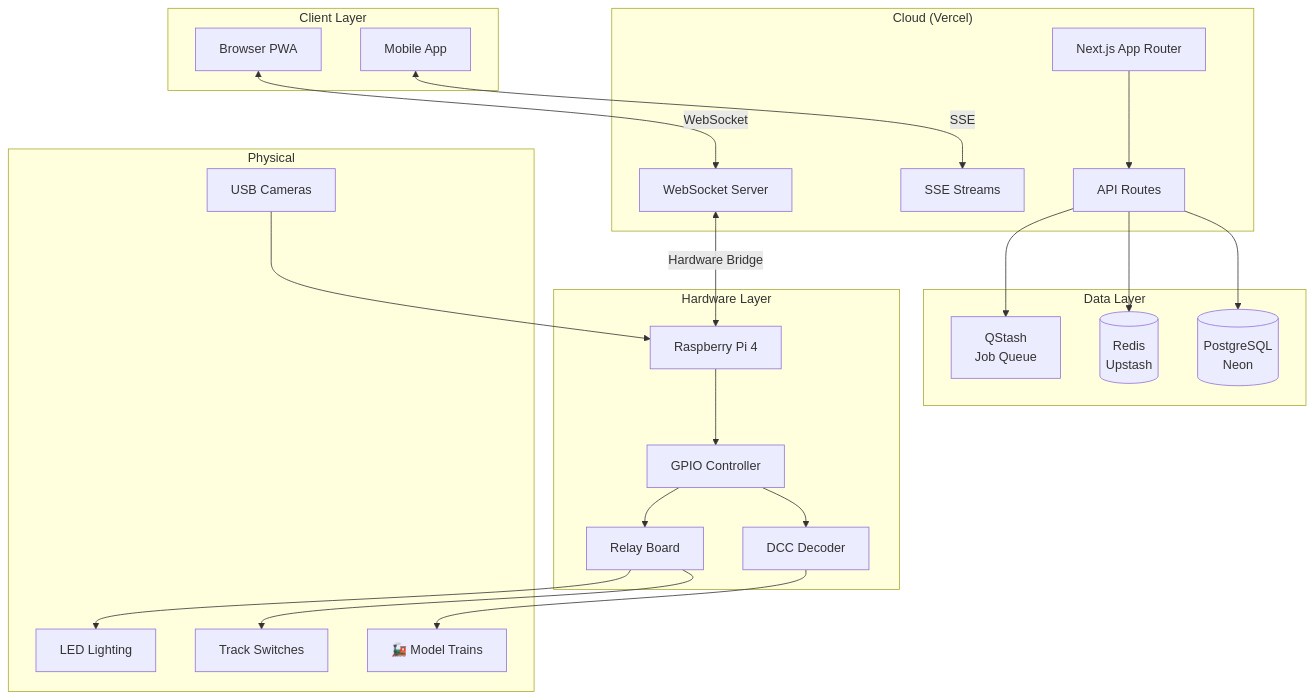
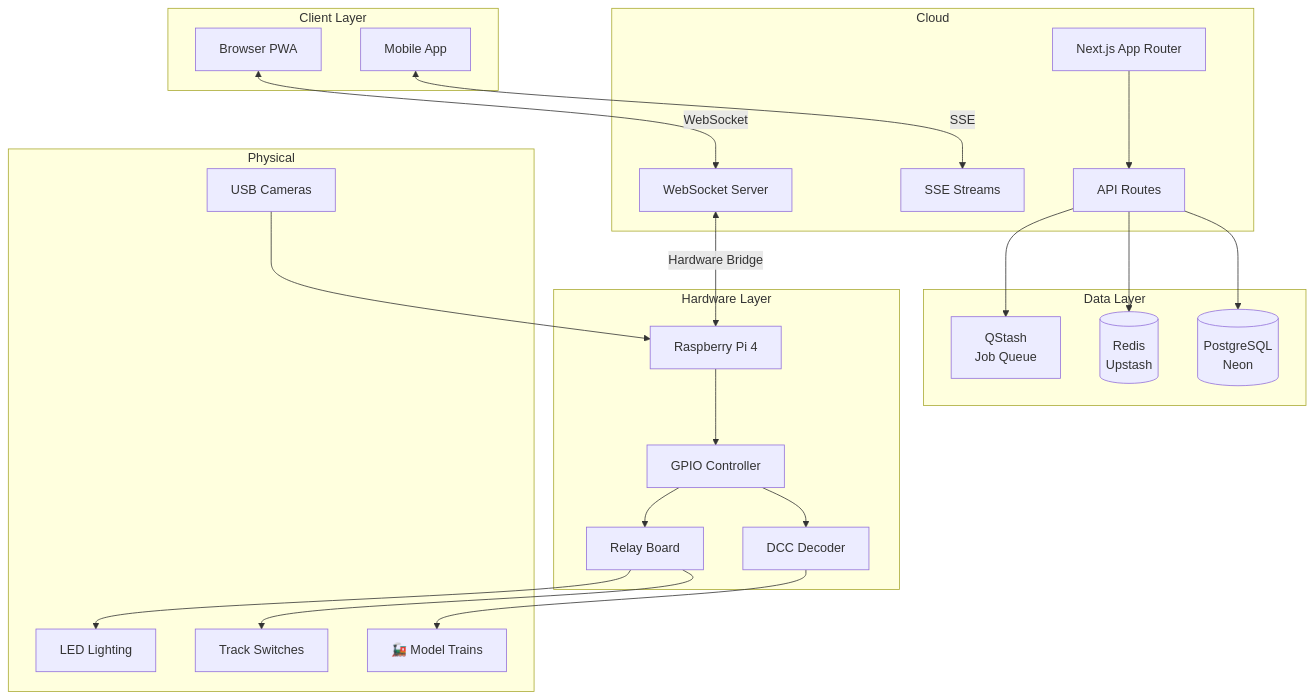
The first of 3 diagrams in public/content/blog/railroad-arcade-iot.md (punitmishra/punitmishra.github.io), drawn with Mermaid before and after one commit. The commit also changed other lines of this file and 31 other files, not shown here.

````diff
--- a/public/content/blog/railroad-arcade-iot.md
+++ b/public/content/blog/railroad-arcade-iot.md
@@ -24,49 +24,49 @@
 ```mermaid
 graph TB
     subgraph "Client Layer"
         PWA[Browser PWA]
         Mobile[Mobile App]
     end
 
-    subgraph "Cloud (Vercel)"
+    subgraph "Cloud"
         Next[Next.js App Router]
         API[API Routes]
         WS[WebSocket Server]
         SSE[SSE Streams]
     end
 
     subgraph "Data Layer"
         Postgres[(PostgreSQL<br/>Neon)]
         Redis[(Redis<br/>Upstash)]
         QStash[QStash<br/>Job Queue]
     end
 
     subgraph "Hardware Layer"
         Pi[Raspberry Pi 4]
         GPIO[GPIO Controller]
         DCC[DCC Decoder]
         Relay[Relay Board]
     end
 
     subgraph "Physical"
         Trains[🚂 Model Trains]
         Switches[Track Switches]
         Lights[LED Lighting]
         Cameras[USB Cameras]
     end
 
     PWA <-->|WebSocket| WS
     Mobile <-->|SSE| SSE
     Next --> API
     API --> Postgres
     API --> Redis
     API --> QStash
     WS <-->|Hardware Bridge| Pi
     Pi --> GPIO
     GPIO --> DCC
     GPIO --> Relay
     DCC --> Trains
     Relay --> Switches
     Relay --> Lights
     Cameras --> Pi
 ```
````
